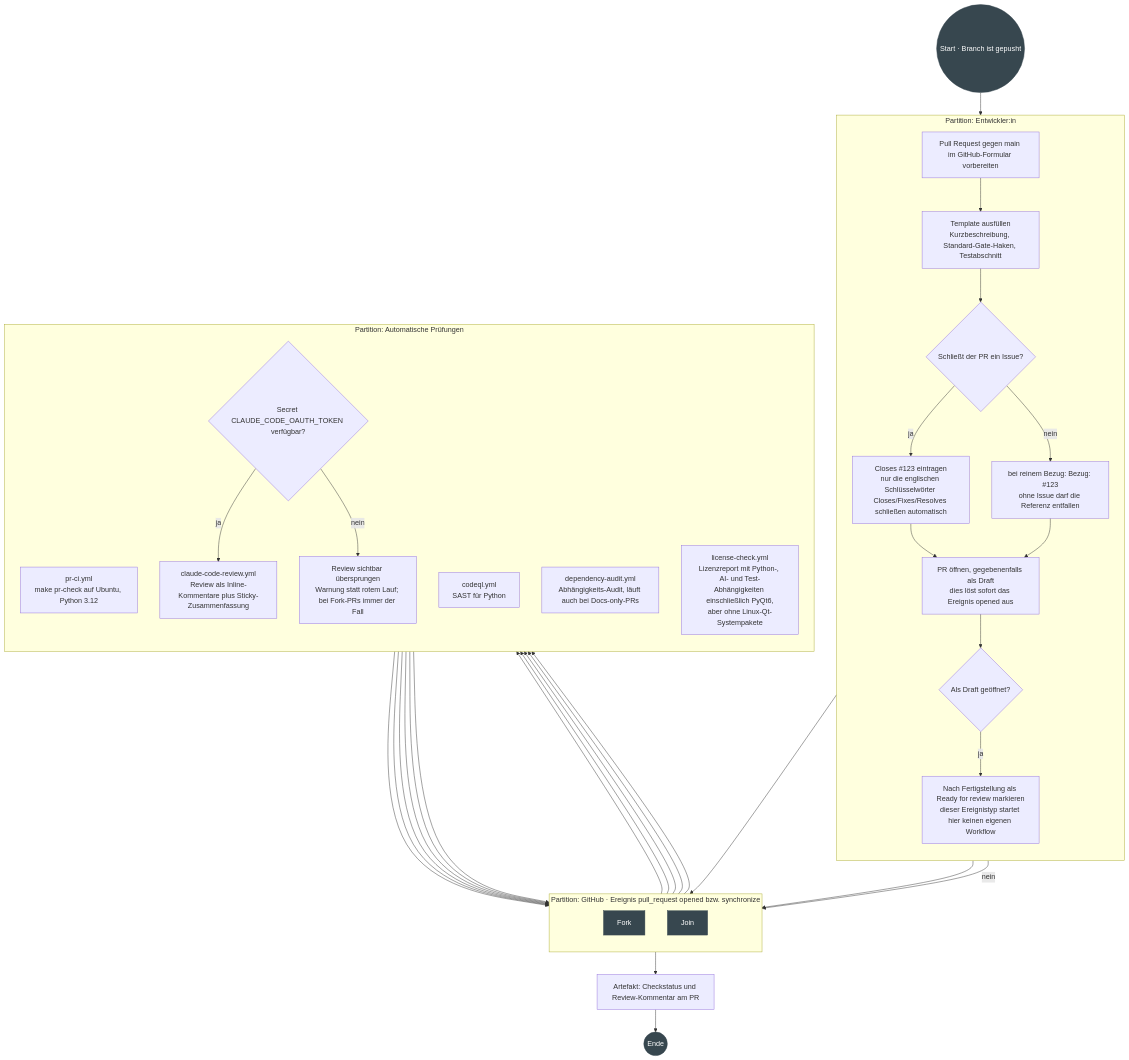
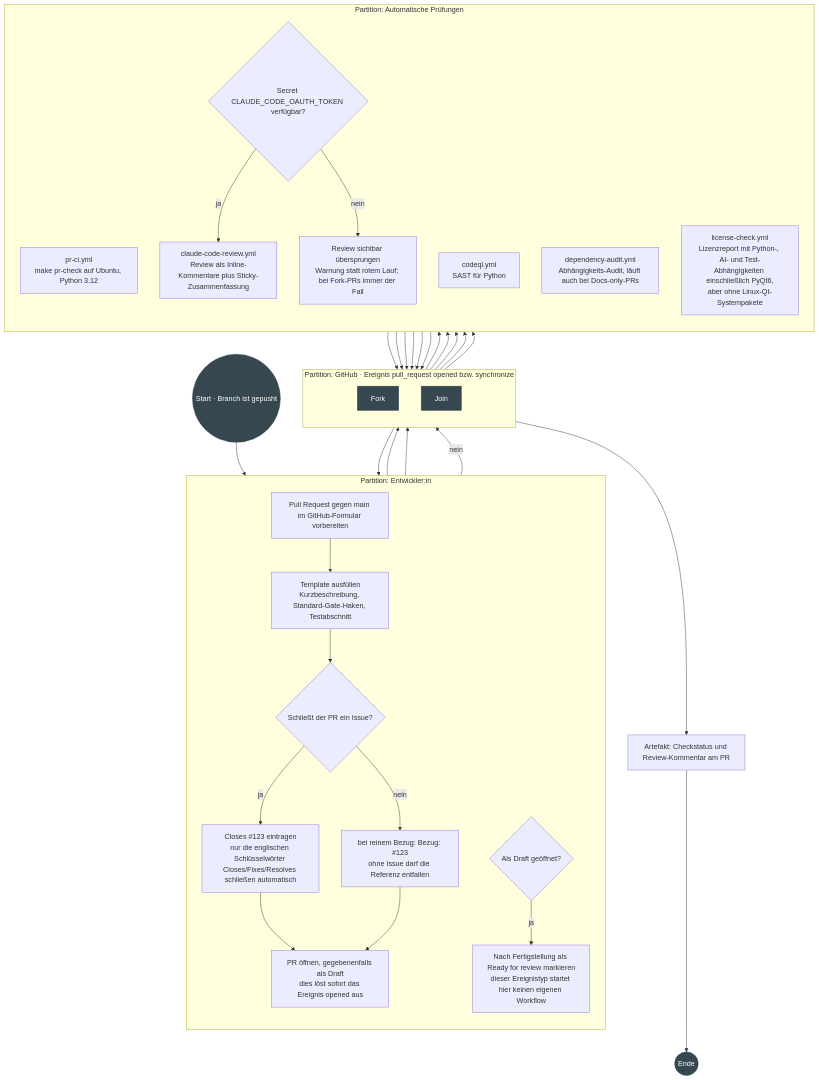
Before and after one commit to NikolayDA/picture_helper: the second of 5 diagrams in docs/PROZESSE_UML.md, drawn with Mermaid. The commit also changed other lines of this file and 2 other files, not shown here.

````diff
--- a/docs/PROZESSE_UML.md
+++ b/docs/PROZESSE_UML.md
@@ -164,56 +164,56 @@
 ```mermaid
 flowchart TD
   START(("Start · Branch ist gepusht")):::terminal --> P1
 
   subgraph DEV["Partition: Entwickler:in"]
     direction TB
     P1["Pull Request gegen main im GitHub-Formular vorbereiten"]
     P2["Template ausfüllen<br/>Kurzbeschreibung, Standard-Gate-Haken, Testabschnitt"]
     PQ{"Schließt der PR ein Issue?"}
     P3["Closes #123 eintragen<br/>nur die englischen Schlüsselwörter Closes/Fixes/Resolves schließen automatisch"]
     P4["bei reinem Bezug: Bezug: #123<br/>ohne Issue darf die Referenz entfallen"]
     P5["PR öffnen, gegebenenfalls als Draft<br/>dies löst sofort das Ereignis opened aus"]
     PD{"Als Draft geöffnet?"}
     P6["Nach Fertigstellung als Ready for review markieren<br/>dieser Ereignistyp startet hier keinen eigenen Workflow"]
   end
 
   subgraph GH["Partition: GitHub · Ereignis pull_request opened bzw. synchronize"]
     direction TB
     F1["Fork"]:::bar
     J1["Join"]:::bar
   end
 
   subgraph CI["Partition: Automatische Prüfungen"]
     direction TB
     C1["pr-ci.yml<br/>make pr-check auf Ubuntu, Python 3.12"]
     C2["codeql.yml<br/>SAST für Python"]
     C3["dependency-audit.yml<br/>Abhängigkeits-Audit, läuft auch bei Docs-only-PRs"]
     C4["license-check.yml<br/>Lizenzreport mit Python-, AI- und Test-Abhängigkeiten einschließlich PyQt6,<br/>aber ohne Linux-Qt-Systempakete"]
     CQ{"Secret CLAUDE_CODE_OAUTH_TOKEN verfügbar?"}
     C5["claude-code-review.yml<br/>Review als Inline-Kommentare plus Sticky-Zusammenfassung"]
     C6["Review sichtbar übersprungen<br/>Warnung statt rotem Lauf; bei Fork-PRs immer der Fall"]
   end
 
   P1 --> P2 --> PQ
   PQ -->|"ja"| P3 --> P5
   PQ -->|"nein"| P4 --> P5
   P5 --> F1
-  P5 --> PD
+  F1 --> PD
   PD -->|"ja"| P6 --> J1
   PD -->|"nein"| J1
   F1 --> C1
   F1 --> C2
   F1 --> C3
   F1 --> C4
   F1 --> CQ
   CQ -->|"ja"| C5 --> J1
   CQ -->|"nein"| C6 --> J1
   C1 --> J1
   C2 --> J1
   C3 --> J1
   C4 --> J1
   J1 --> S1["Artefakt: Checkstatus und Review-Kommentar am PR"] --> ENDE(("Ende")):::terminal
 
   classDef terminal fill:#37474f,stroke:#37474f,color:#ffffff;
   classDef bar fill:#37474f,stroke:#37474f,color:#ffffff;
 ```
````
